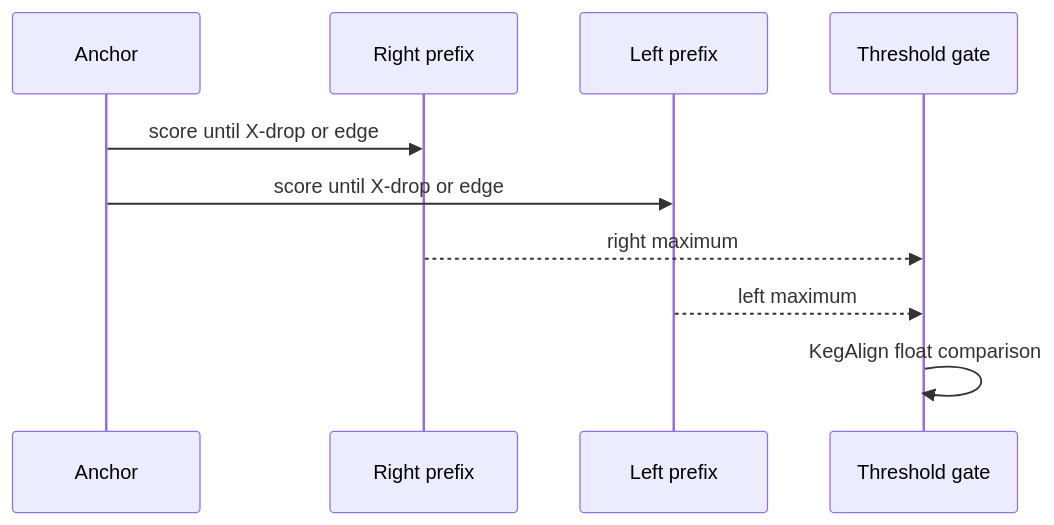
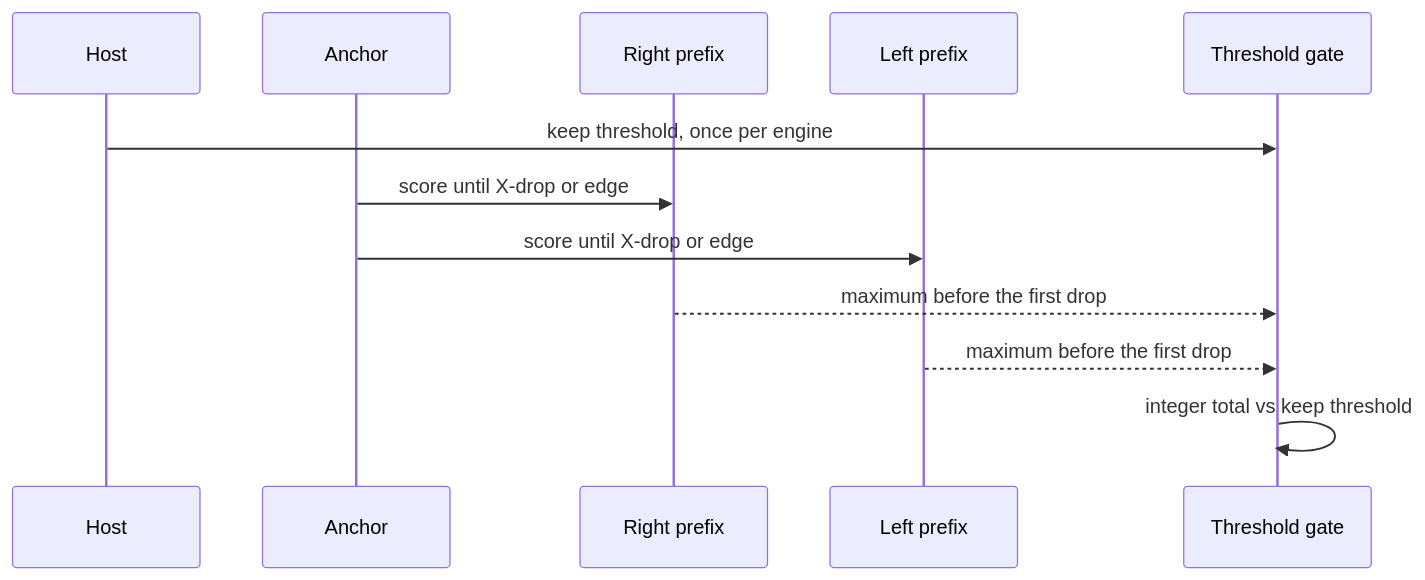
The second of 5 diagrams in docs/src/journeys/score-gate.md (hillerlab/hspZ), drawn with Mermaid before and after one commit. The commit also changed other lines of this file and 11 other files, not shown here.

````diff
--- a/docs/src/journeys/score-gate.md
+++ b/docs/src/journeys/score-gate.md
@@ -36,12 +37,14 @@
 ```mermaid
 sequenceDiagram
+    participant H as Host
     participant A as Anchor
     participant R as Right prefix
     participant L as Left prefix
     participant G as Threshold gate
+    H->>G: keep threshold, once per engine
     A->>R: score until X-drop or edge
     A->>L: score until X-drop or edge
-    R-->>G: right maximum
-    L-->>G: left maximum
-    G->>G: KegAlign float comparison
+    R-->>G: maximum before the first drop
+    L-->>G: maximum before the first drop
+    G->>G: integer total vs keep threshold
 ```
````
